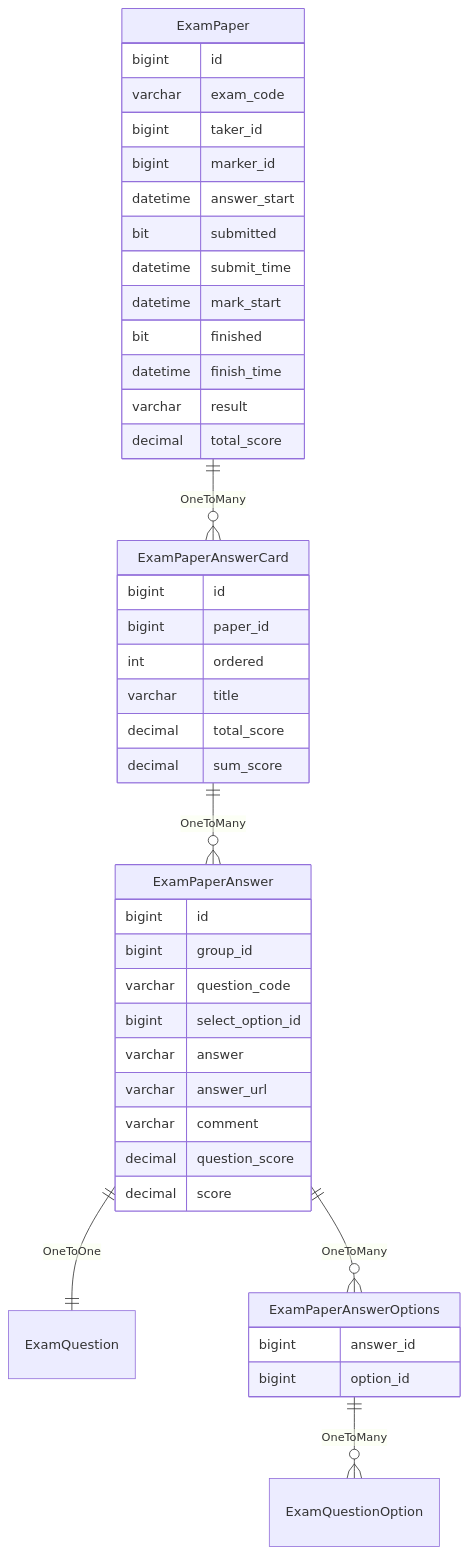
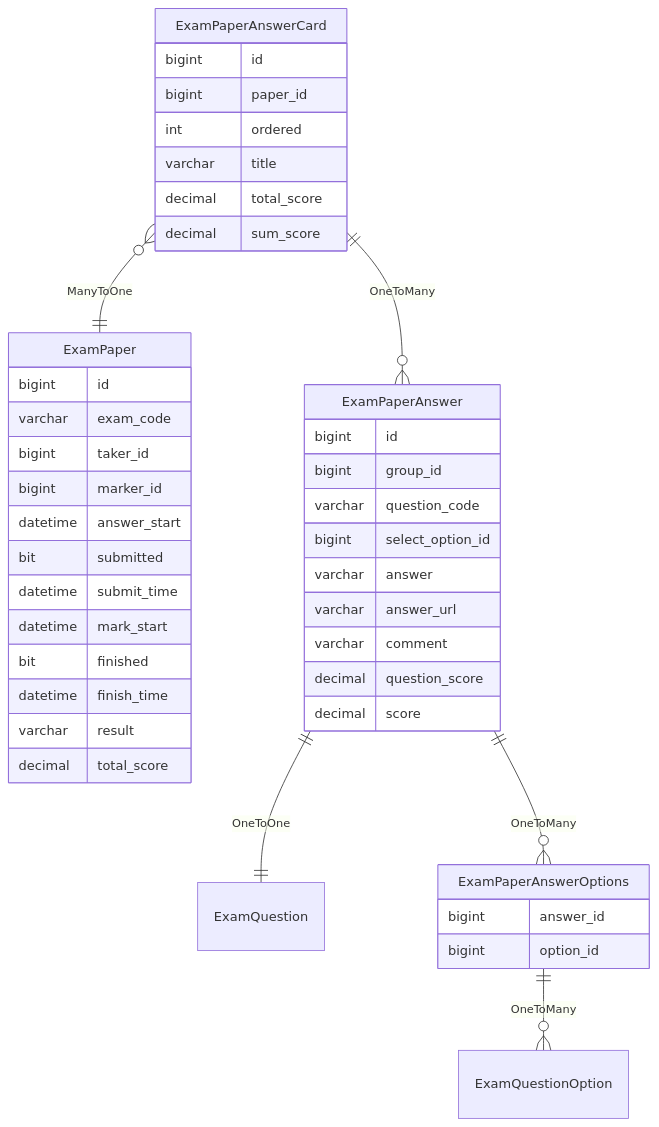
Before and after one commit to mrzhqiang/rowing: the third of 3 diagrams in docs/1.develop/1.10.exam.md, drawn with Mermaid. The commit also changed other lines of this file and 10 other files, not shown here.

````diff
--- a/docs/1.develop/1.10.exam.md
+++ b/docs/1.develop/1.10.exam.md
@@ -202,45 +202,45 @@
 ```mermaid
 erDiagram
-  ExamPaper ||--o{ ExamPaperAnswerCard : OneToMany
+  ExamPaperAnswerCard }o--|| ExamPaper : ManyToOne
   ExamPaperAnswerCard ||--o{ ExamPaperAnswer : OneToMany
   ExamPaperAnswer ||--|| ExamQuestion : OneToOne
   ExamPaperAnswer ||--o{ ExamPaperAnswerOptions : OneToMany
   ExamPaperAnswerOptions ||--o{ ExamQuestionOption : OneToMany
   ExamPaper {
     bigint    id
     varchar   exam_code
     bigint    taker_id
     bigint    marker_id
     datetime  answer_start
     bit       submitted
     datetime  submit_time
     datetime  mark_start
     bit       finished
     datetime  finish_time
     varchar   result
     decimal   total_score
   }
   ExamPaperAnswerCard {
     bigint    id
     bigint    paper_id
     int       ordered
     varchar   title
     decimal   total_score
     decimal   sum_score
   }
   ExamPaperAnswer {
     bigint    id
     bigint    group_id
     varchar   question_code
     bigint    select_option_id
     varchar   answer
     varchar   answer_url
     varchar   comment
     decimal   question_score
     decimal   score
   }
   ExamPaperAnswerOptions {
     bigint    answer_id
     bigint    option_id
   }
 ```
````
